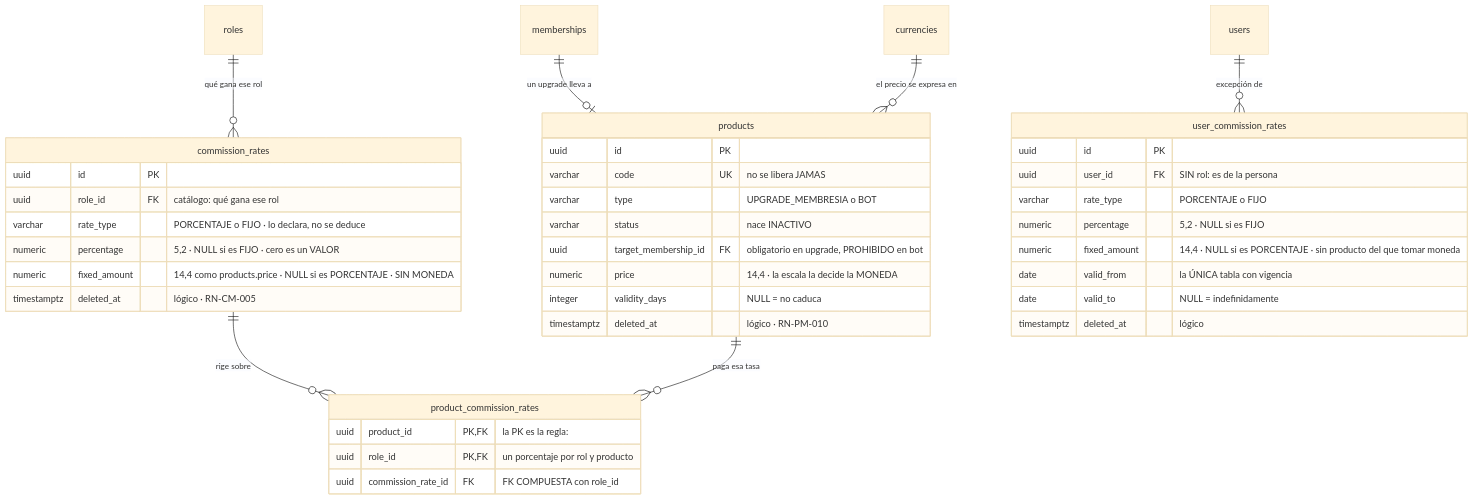
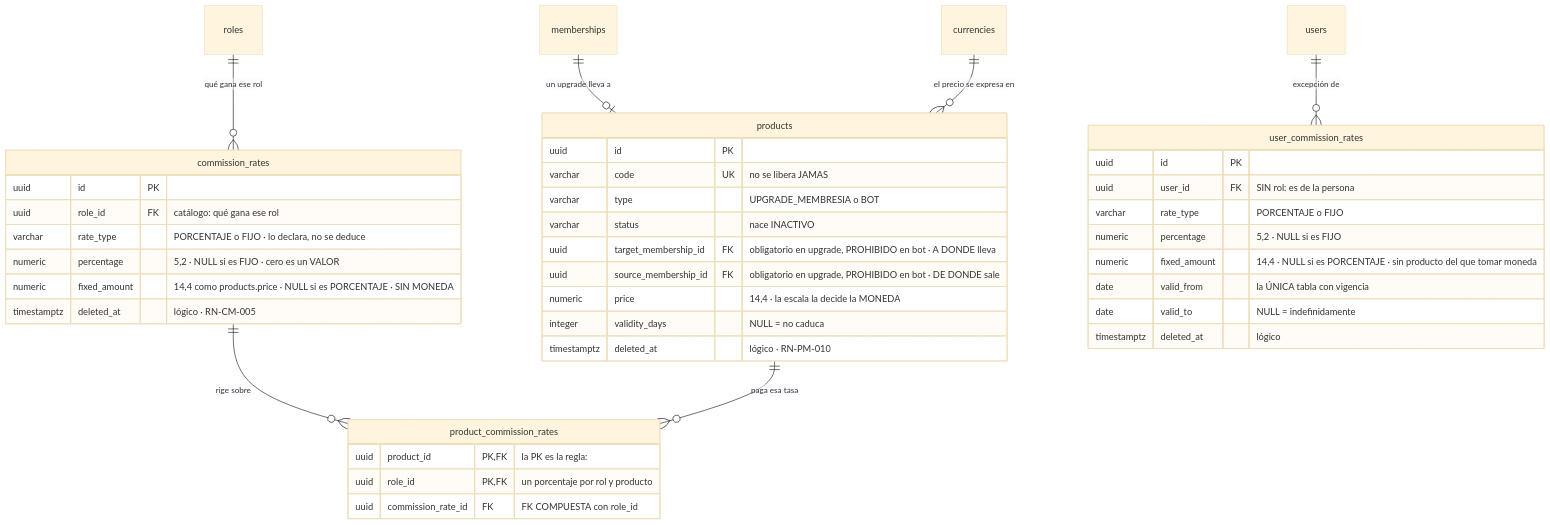
Before and after one commit to NexusPro-Dev/backend: the fourth of 5 diagrams in docs/modelo-datos.md, drawn with Mermaid (base theme). The commit also changed other lines of this file and 53 other files, not shown here.

````diff
--- a/docs/modelo-datos.md
+++ b/docs/modelo-datos.md
@@ -344,47 +344,48 @@
 ```mermaid
 erDiagram
     memberships ||--o| products : "un upgrade lleva a"
     currencies  ||--o{ products : "el precio se expresa en"
 
     roles    ||--o{ commission_rates : "qué gana ese rol"
     commission_rates ||--o{ product_commission_rates : "rige sobre"
     products ||--o{ product_commission_rates : "paga esa tasa"
     users    ||--o{ user_commission_rates : "excepción de"
 
     products {
         uuid id PK
         varchar code UK "no se libera JAMAS"
         varchar type "UPGRADE_MEMBRESIA o BOT"
         varchar status "nace INACTIVO"
-        uuid target_membership_id FK "obligatorio en upgrade, PROHIBIDO en bot"
+        uuid target_membership_id FK "obligatorio en upgrade, PROHIBIDO en bot · A DONDE lleva"
+        uuid source_membership_id FK "obligatorio en upgrade, PROHIBIDO en bot · DE DONDE sale"
         numeric price "14,4 · la escala la decide la MONEDA"
         integer validity_days "NULL = no caduca"
         timestamptz deleted_at "lógico · RN-PM-010"
     }
 
     commission_rates {
         uuid id PK
         uuid role_id FK "catálogo: qué gana ese rol"
         varchar rate_type "PORCENTAJE o FIJO · lo declara, no se deduce"
         numeric percentage "5,2 · NULL si es FIJO · cero es un VALOR"
         numeric fixed_amount "14,4 como products.price · NULL si es PORCENTAJE · SIN MONEDA"
         timestamptz deleted_at "lógico · RN-CM-005"
     }
 
     product_commission_rates {
         uuid product_id PK,FK "la PK es la regla:"
         uuid role_id PK,FK "un porcentaje por rol y producto"
         uuid commission_rate_id FK "FK COMPUESTA con role_id"
     }
 
     user_commission_rates {
         uuid id PK
         uuid user_id FK "SIN rol: es de la persona"
         varchar rate_type "PORCENTAJE o FIJO"
         numeric percentage "5,2 · NULL si es FIJO"
         numeric fixed_amount "14,4 · NULL si es PORCENTAJE · sin producto del que tomar moneda"
         date valid_from "la ÚNICA tabla con vigencia"
         date valid_to "NULL = indefinidamente"
         timestamptz deleted_at "lógico"
     }
 ```
````
